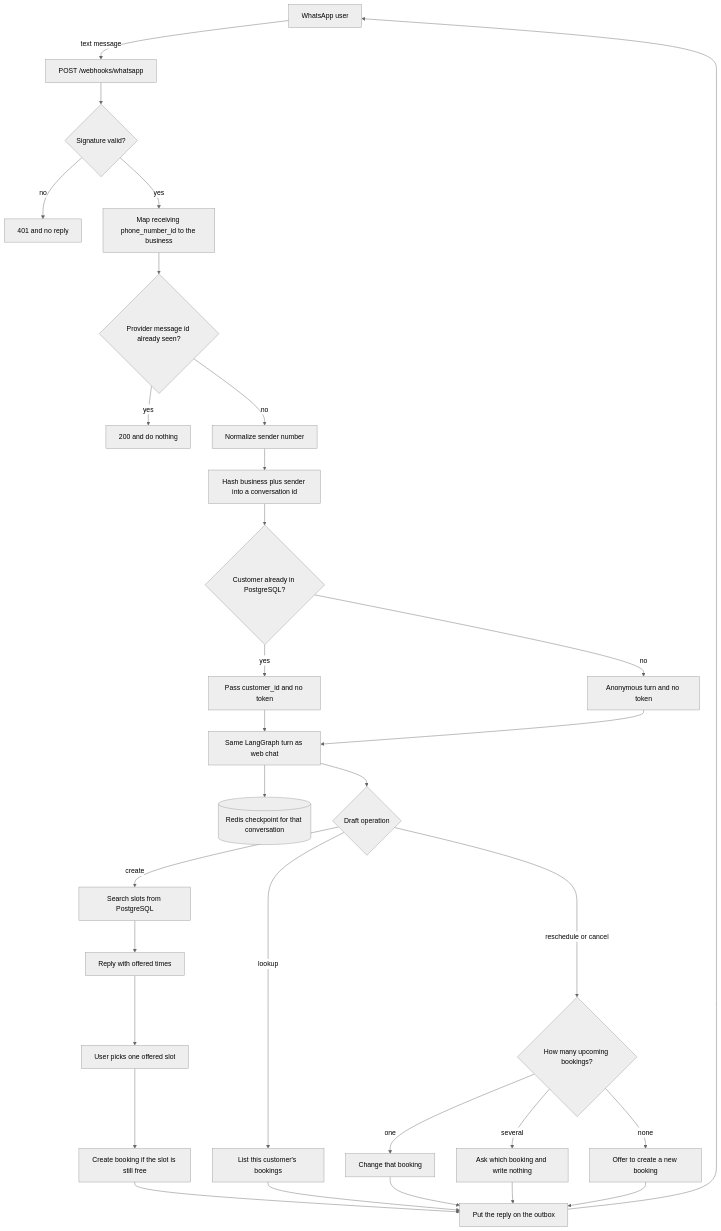
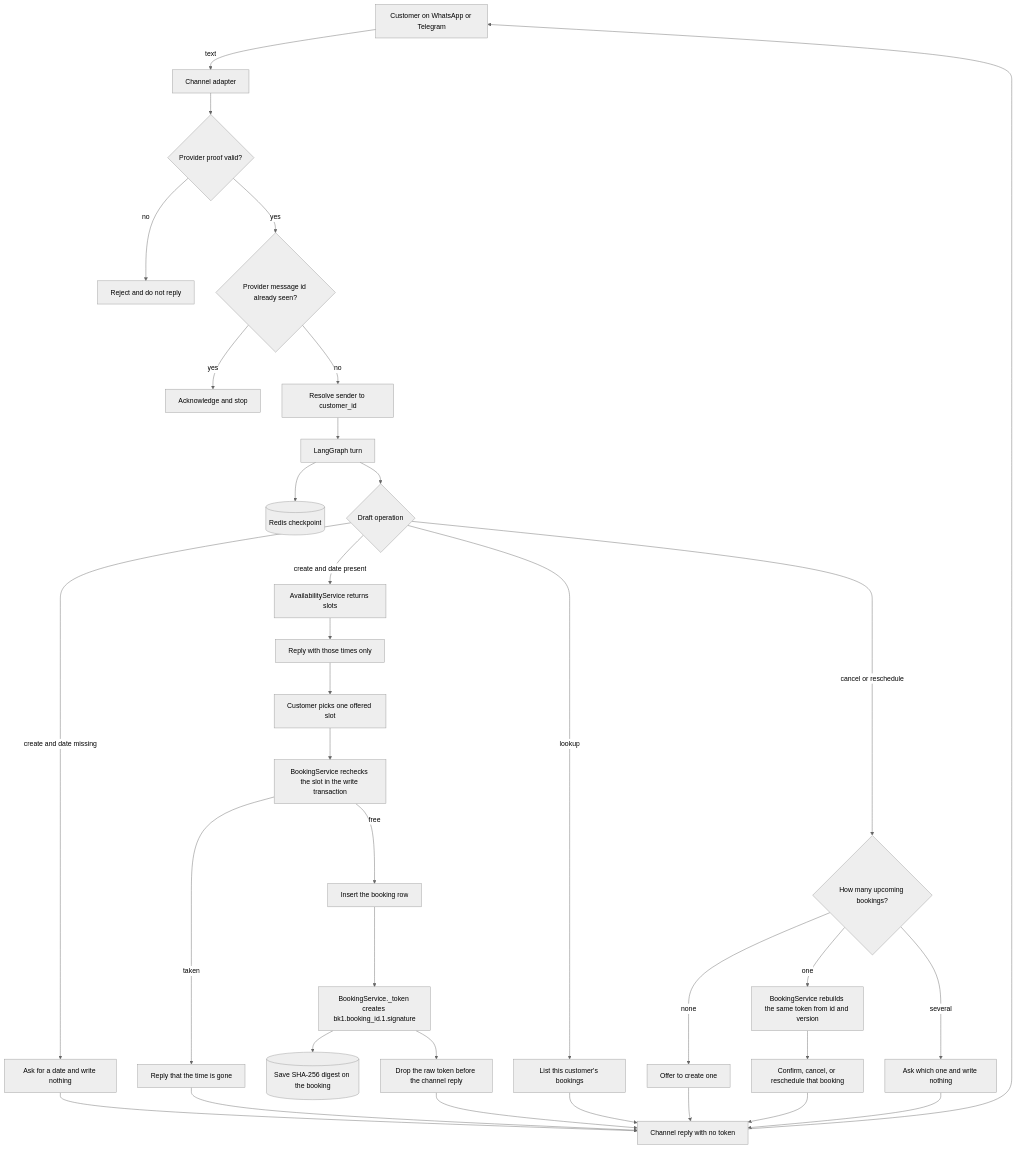
Before and after one commit to ktakanopy/capy-appointment-bot: the second of 3 diagrams in docs/architecture.md, drawn with Mermaid (neutral theme). The commit also changed other lines of this file and 1 other file, not shown here.

Commit message:
docs: show when BookingService creates the management token
Put token creation on the WhatsApp and Telegram flow, after the slot is rechecked and before the channel reply.

````diff
--- a/docs/architecture.md
+++ b/docs/architecture.md
@@ -76,33 +80,36 @@
 ```mermaid
 flowchart TD
-  User[WhatsApp user] -->|text message| Webhook[POST /webhooks/whatsapp]
-  Webhook --> Signature{Signature valid?}
-  Signature -->|no| Reject[401 and no reply]
-  Signature -->|yes| Business[Map receiving phone_number_id to the business]
-  Business --> Dedupe{Provider message id already seen?}
-  Dedupe -->|yes| Ack[200 and do nothing]
-  Dedupe -->|no| Identity[Normalize sender number]
-  Identity --> Thread[Hash business plus sender into a conversation id]
-  Thread --> Lookup{Customer already in PostgreSQL?}
-  Lookup -->|yes| Known[Pass customer_id and no token]
-  Lookup -->|no| Unknown[Anonymous turn and no token]
-  Known --> Graph[Same LangGraph turn as web chat]
-  Unknown --> Graph
-  Graph --> Checkpoint[(Redis checkpoint for that conversation)]
+  User[Customer on WhatsApp or Telegram] -->|text| Adapter[Channel adapter]
+  Adapter --> Verify{Provider proof valid?}
+  Verify -->|no| Reject[Reject and do not reply]
+  Verify -->|yes| Dedupe{Provider message id already seen?}
+  Dedupe -->|yes| Ack[Acknowledge and stop]
+  Dedupe -->|no| Identity[Resolve sender to customer_id]
+  Identity --> Graph[LangGraph turn]
+  Graph --> Checkpoint[(Redis checkpoint)]
   Graph --> Choice{Draft operation}
-  Choice -->|create| Search[Search slots from PostgreSQL]
-  Search --> Offer[Reply with offered times]
-  Offer --> Pick[User picks one offered slot]
-  Pick --> Book[Create booking if the slot is still free]
-  Choice -->|lookup| Appointments[List this customer's bookings]
-  Choice -->|reschedule or cancel| Owned{How many upcoming bookings?}
-  Owned -->|none| OfferNew[Offer to create a new booking]
-  Owned -->|one| Change[Change that booking]
-  Owned -->|several| Ask[Ask which booking and write nothing]
-  Book --> Reply[Put the reply on the outbox]
-  Appointments --> Reply
-  Change --> Reply
+  Choice -->|create and date missing| AskDate[Ask for a date and write nothing]
+  Choice -->|create and date present| Search[AvailabilityService returns slots]
+  Search --> Offer[Reply with those times only]
+  Offer --> Pick[Customer picks one offered slot]
+  Pick --> Recheck[BookingService rechecks the slot in the write transaction]
+  Recheck -->|taken| Conflict[Reply that the time is gone]
+  Recheck -->|free| Insert[Insert the booking row]
+  Insert --> Mint["BookingService._token creates bk1.booking_id.1.signature"]
+  Mint --> Digest[(Save SHA-256 digest on the booking)]
+  Mint --> Hide[Drop the raw token before the channel reply]
+  Choice -->|lookup| List[List this customer's bookings]
+  Choice -->|cancel or reschedule| Count{How many upcoming bookings?}
+  Count -->|none| OfferNew[Offer to create one]
+  Count -->|one| Mutate[BookingService rebuilds the same token from id and version]
+  Count -->|several| Ask[Ask which one and write nothing]
+  Mutate --> Apply[Confirm, cancel, or reschedule that booking]
+  Hide --> Reply[Channel reply with no token]
+  Conflict --> Reply
+  AskDate --> Reply
+  List --> Reply
+  OfferNew --> Reply
   Ask --> Reply
-  OfferNew --> Reply
+  Apply --> Reply
   Reply --> User
 ```
````
